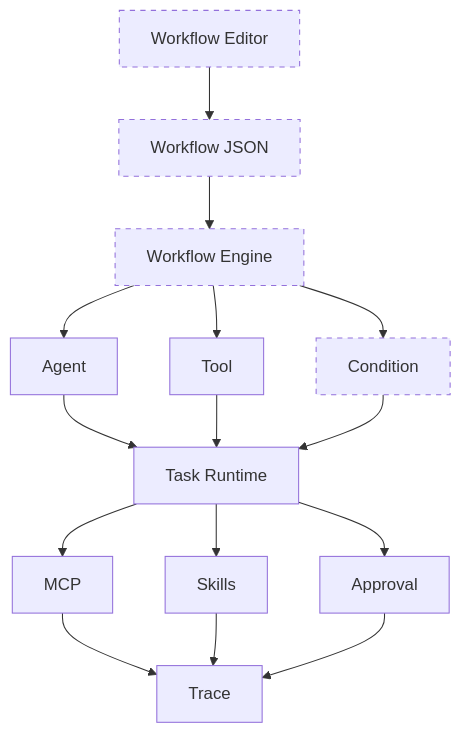
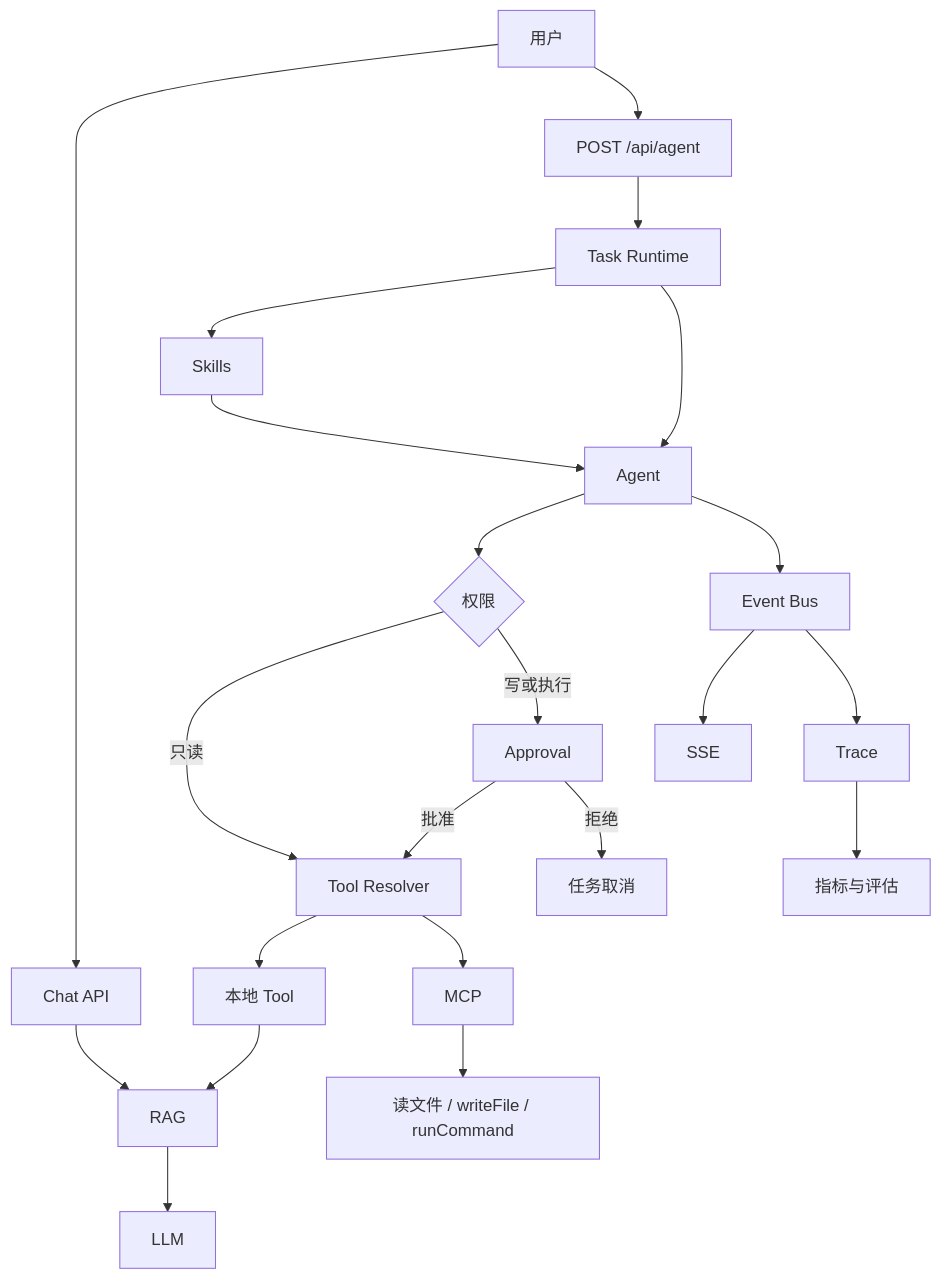
One commit to WaitingChen0117/agent-workbench changed the diagram in README.md. Above: the diagram before and after it, drawn with Mermaid. The commit also changed other lines of this file and 7 other files, not shown here.

Commit message:
Draw each version's architecture as the system that existed then.

````diff
--- a/README.md
+++ b/README.md
@@ -19,31 +19,23 @@
 ```mermaid
 flowchart TB
-  editor["Workflow Editor"]
-  json["Workflow JSON"]
-  engine["Workflow Engine"]
-  agent["Agent"]
-  tool["Tool"]
-  condition["Condition"]
-  runtime["Task Runtime"]
-  mcp["MCP"]
-  skills["Skills"]
-  approval["Approval"]
-  trace["Trace"]
-
-  editor --> json --> engine
-  engine --> agent
-  engine --> tool
-  engine --> condition
-  agent --> runtime
-  tool --> runtime
-  condition --> runtime
-  runtime --> mcp
-  runtime --> skills
-  runtime --> approval
-  mcp --> trace
-  skills --> trace
-  approval --> trace
-
-  classDef missing stroke-dasharray: 5 5
-  class editor,json,engine,condition missing
+  user["用户"] --> chat["Chat API"]
+  user --> post["POST /api/agent"]
+  chat --> rag["RAG"] --> llm["LLM"]
+  post --> runtime["Task Runtime"]
+  runtime --> skills["Skills"]
+  skills --> agent["Agent"]
+  runtime --> agent
+  agent --> gate{"权限"}
+  gate -->|只读| resolver["Tool Resolver"]
+  gate -->|写或执行| approval["Approval"]
+  approval -->|批准| resolver
+  approval -->|拒绝| cancel["任务取消"]
+  resolver --> local["本地 Tool"]
+  resolver --> mcp["MCP"]
+  local --> rag
+  mcp --> fs["读文件 / writeFile / runCommand"]
+  agent --> bus["Event Bus"]
+  bus --> sse["SSE"]
+  bus --> trace["Trace"]
+  trace --> eval["指标与评估"]
 ```
````
